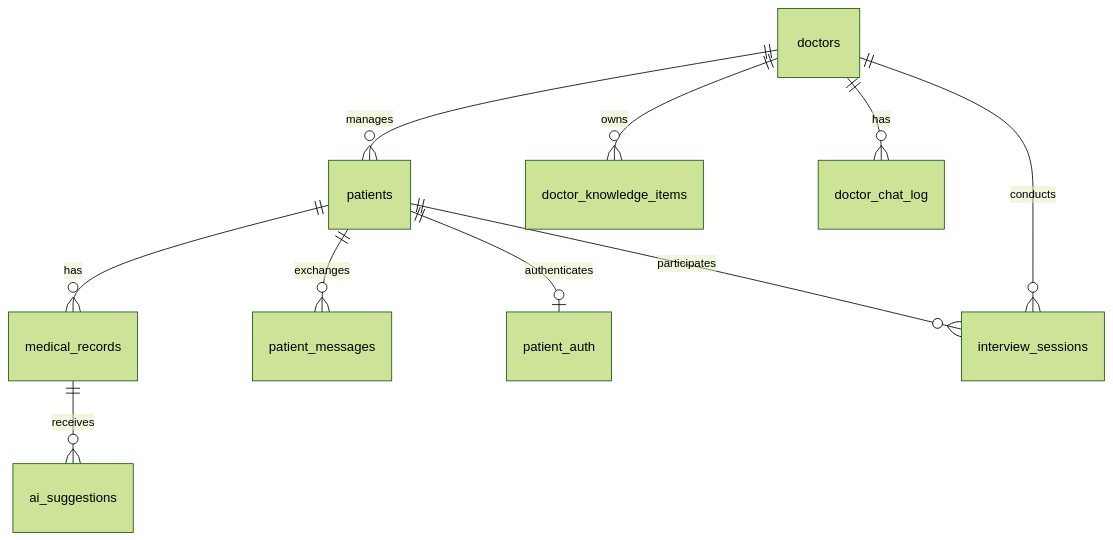
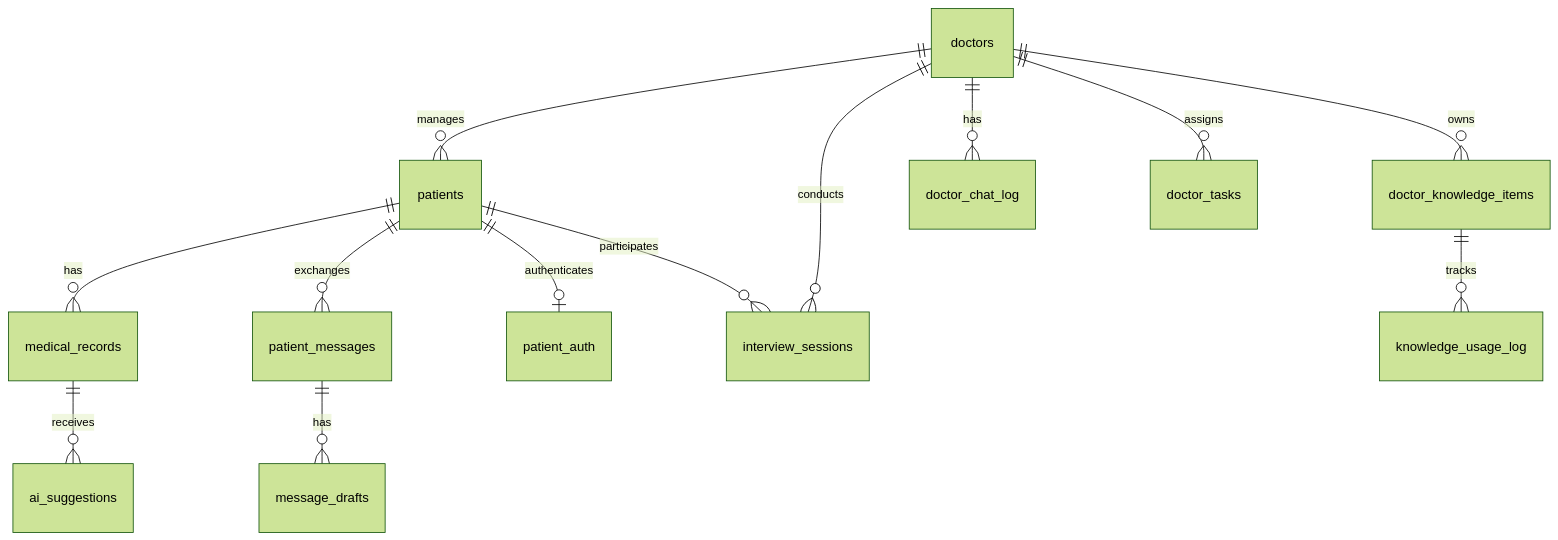
One commit to moments8890/doctor-ai-agent changed the seventh of 11 diagrams in docs/architecture.md. Above: the diagram before and after it, drawn with Mermaid (forest theme). The commit also changed other lines of this file and 215 other files, not shown here.

````diff
--- a/docs/architecture.md
+++ b/docs/architecture.md
@@ -423,12 +429,15 @@
 ```mermaid
 erDiagram
     doctors ||--o{ patients : manages
     doctors ||--o{ doctor_knowledge_items : owns
     doctors ||--o{ doctor_chat_log : has
     patients ||--o{ medical_records : has
     patients ||--o{ patient_messages : exchanges
     patients ||--o| patient_auth : authenticates
     medical_records ||--o{ ai_suggestions : receives
     doctors ||--o{ interview_sessions : conducts
     patients ||--o{ interview_sessions : participates
+    doctors ||--o{ doctor_tasks : assigns
+    patient_messages ||--o{ message_drafts : has
+    doctor_knowledge_items ||--o{ knowledge_usage_log : tracks
 ```
````
